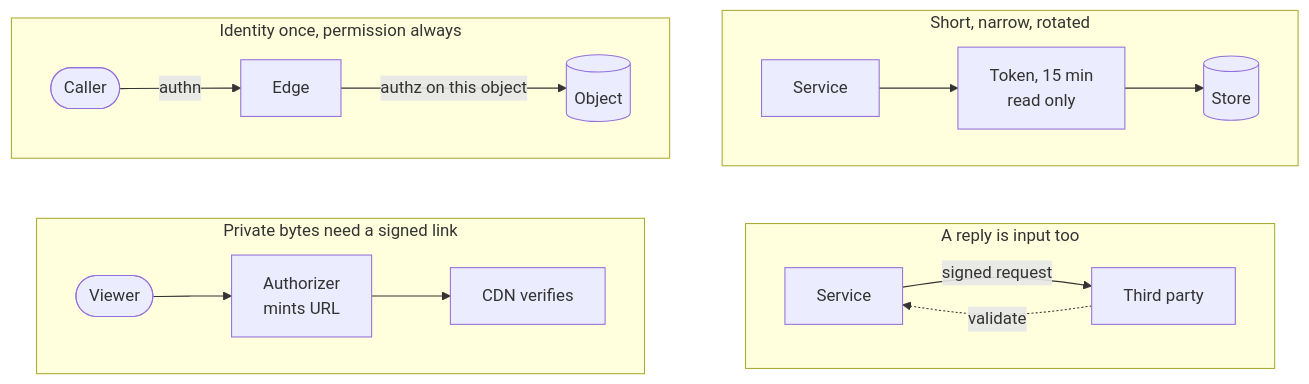
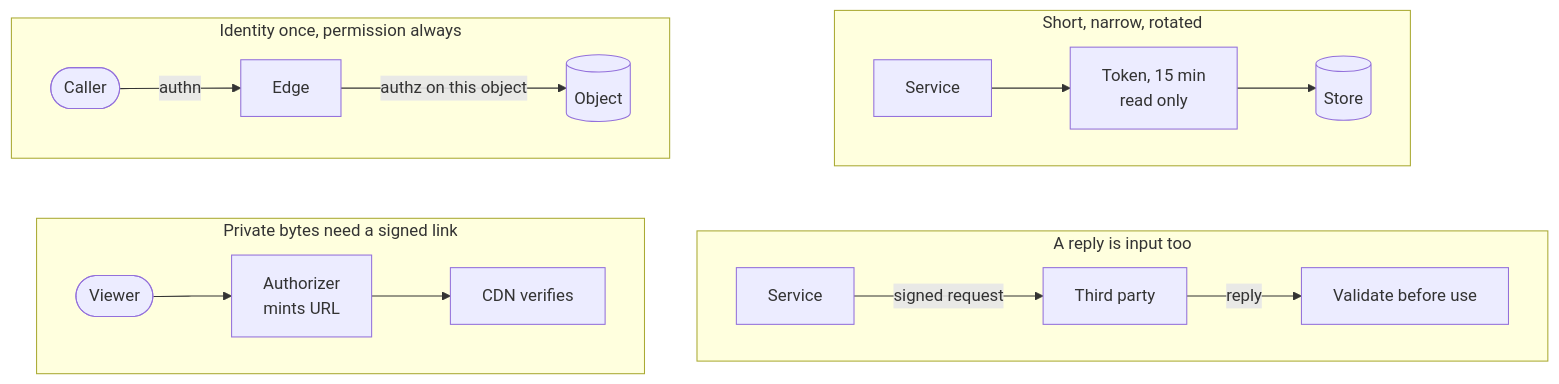
Diagram 14 of 19 in examples/system-design-foundations.md (Laticent/lattice), drawn with Mermaid before and after one commit. The commit also changed other lines of this file and 1 other file, not shown here.

````diff
--- a/examples/system-design-foundations.md
+++ b/examples/system-design-foundations.md
@@ -1714,21 +1714,21 @@
 ```mermaid
 flowchart TB
   subgraph b["Short, narrow, rotated"]
     direction LR
     B1["Service"] --> B2["Token, 15 min<br/>read only"] --> B3[("Store")]
   end
   subgraph a["Identity once, permission always"]
     direction LR
     A1(["Caller"]) -->|"authn"| A2["Edge"] -->|"authz on this object"| A3[("Object")]
   end
   subgraph d["A reply is input too"]
     direction LR
-    D1["Service"] -->|"signed request"| D2["Third party"] -.->|"validate"| D1
+    D1["Service"] -->|"signed request"| D2["Third party"] -->|"reply"| D3["Validate before use"]
   end
   subgraph c["Private bytes need a signed link"]
     direction LR
     C1(["Viewer"]) --> C2["Authorizer<br/>mints URL"] --> C3["CDN verifies"]
   end
   a ~~~ c
   b ~~~ d
 ```
````
